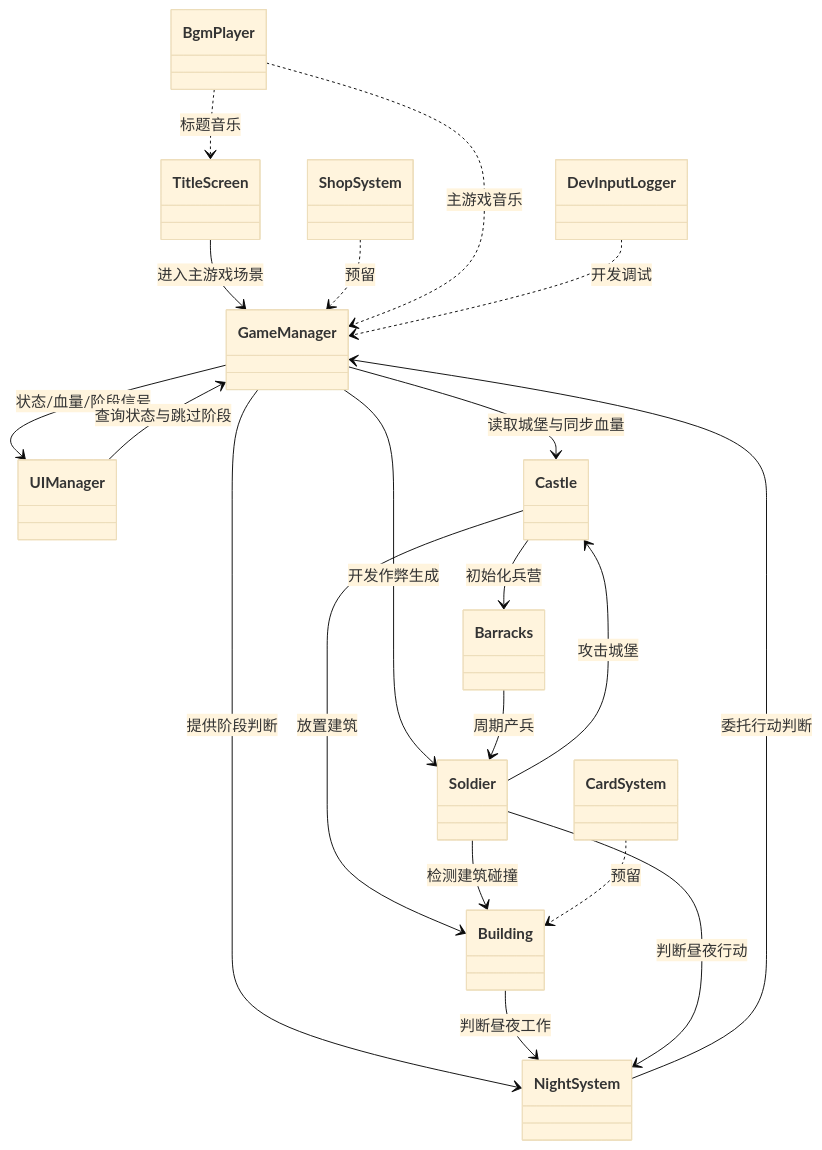
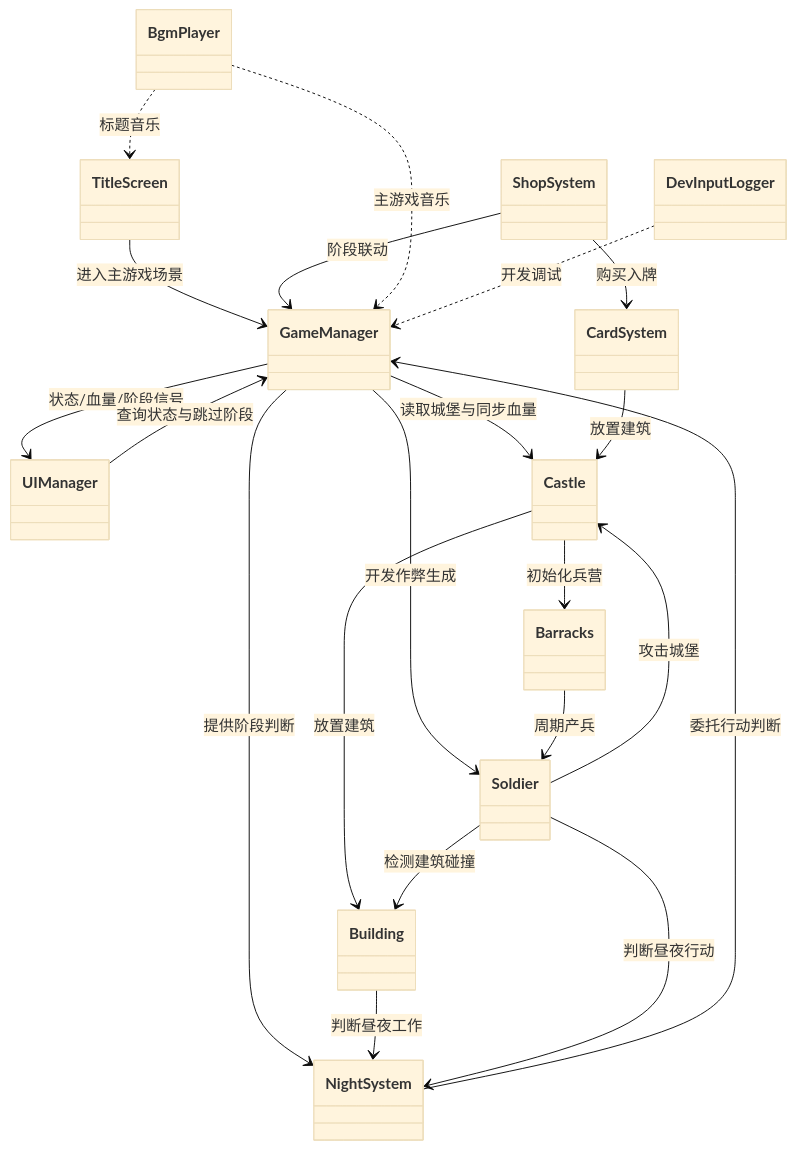
One commit to xiaomaitai/CasualCastle changed the first of 8 diagrams in devPlan/codeStructure.md. Above: the diagram before and after it, drawn with Mermaid (base theme). The commit also changed other lines of this file and 10 other files, not shown here.

````diff
--- a/devPlan/codeStructure.md
+++ b/devPlan/codeStructure.md
@@ -173,37 +189,38 @@
 ```mermaid
 classDiagram
     class TitleScreen
     class GameManager
     class UIManager
     class NightSystem
     class Castle
     class Building
     class Barracks
     class Soldier
     class ShopSystem
     class CardSystem
     class BgmPlayer
     class DevInputLogger
 
     TitleScreen --> GameManager : 进入主游戏场景
     GameManager --> UIManager : 状态/血量/阶段信号
     GameManager --> Castle : 读取城堡与同步血量
     GameManager --> Soldier : 开发作弊生成
     GameManager --> NightSystem : 提供阶段判断
     UIManager --> GameManager : 查询状态与跳过阶段
     NightSystem --> GameManager : 委托行动判断
 
     Castle --> Building : 放置建筑
     Castle --> Barracks : 初始化兵营
     Building --> NightSystem : 判断昼夜工作
     Barracks --> Soldier : 周期产兵
     Soldier --> NightSystem : 判断昼夜行动
     Soldier --> Building : 检测建筑碰撞
     Soldier --> Castle : 攻击城堡
 
-    ShopSystem ..> GameManager : 预留
-    CardSystem ..> Building : 预留
+    ShopSystem --> GameManager : 阶段联动
+    ShopSystem --> CardSystem : 购买入牌
+    CardSystem --> Castle : 放置建筑
     BgmPlayer ..> TitleScreen : 标题音乐
     BgmPlayer ..> GameManager : 主游戏音乐
     DevInputLogger ..> GameManager : 开发调试
 ```
````
